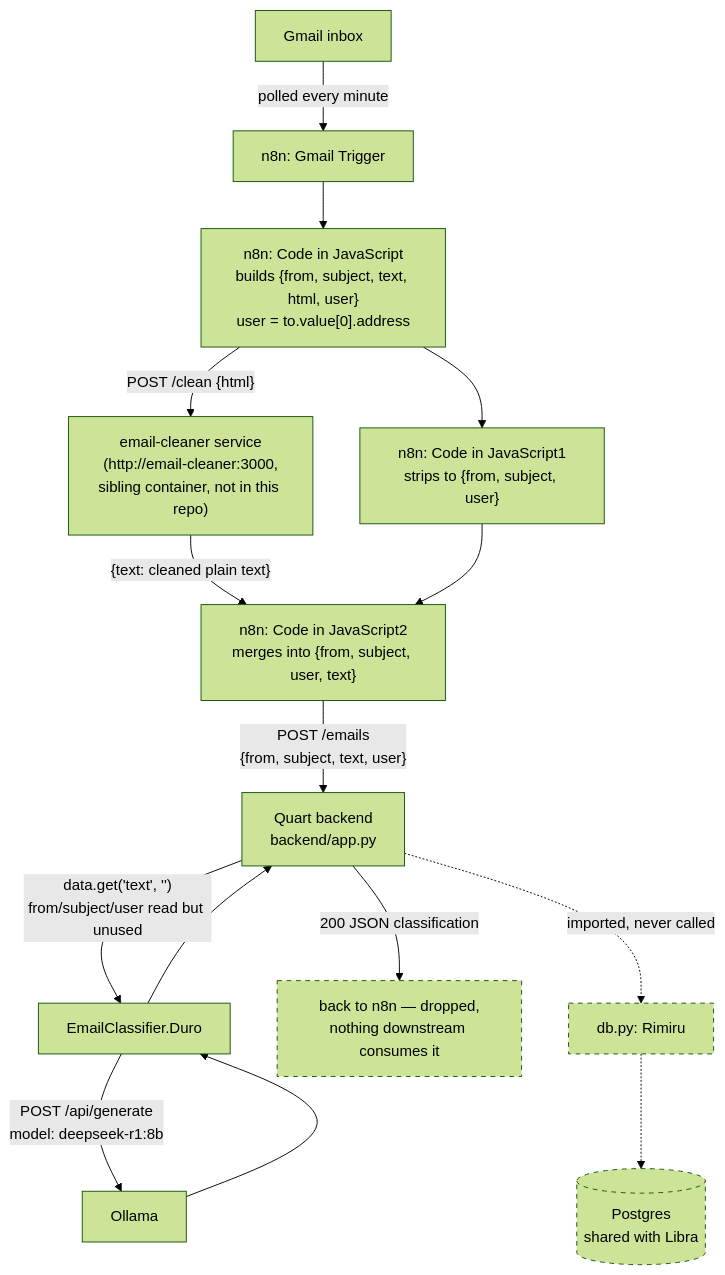
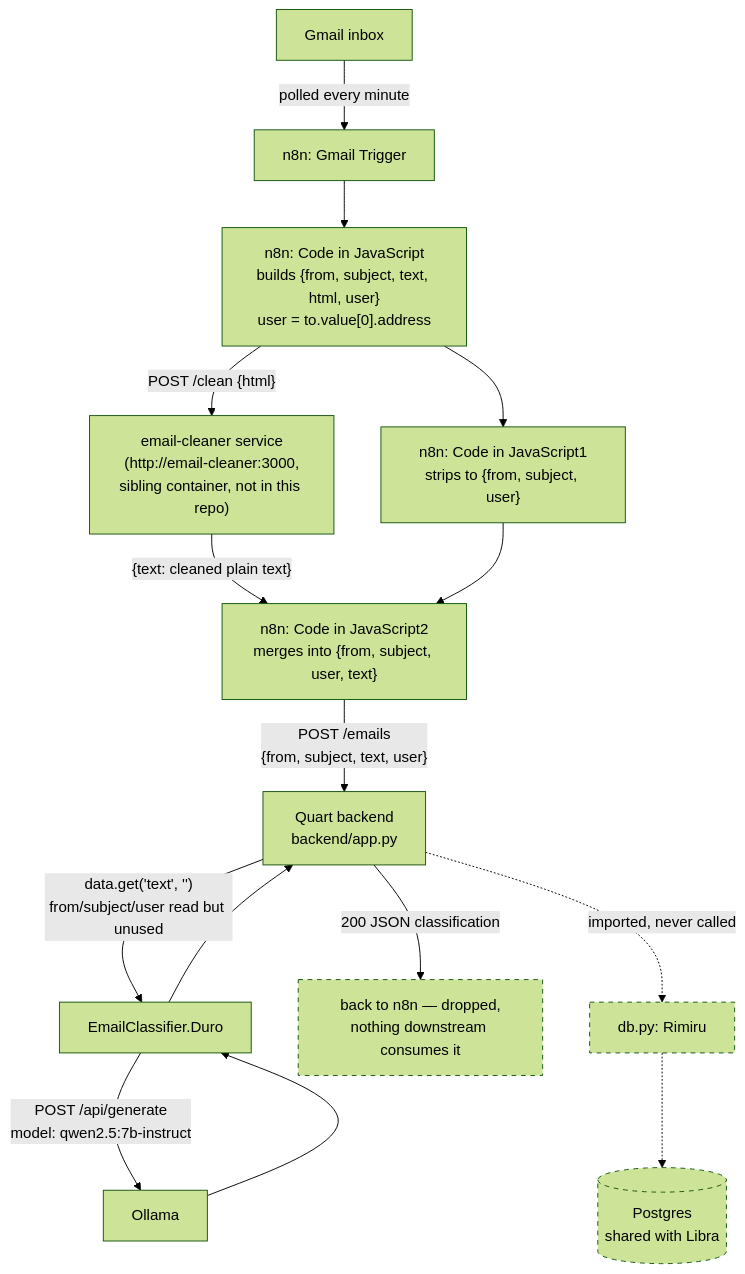
One commit to Tempest150/Scales changed the diagram in wiki/Ingest-Pipeline.md. Above: the diagram before and after it, drawn with Mermaid (forest theme). The commit also changed other lines of this file and 35 other files, not shown here.

````diff
--- a/wiki/Ingest-Pipeline.md
+++ b/wiki/Ingest-Pipeline.md
@@ -34,27 +34,27 @@
 ```mermaid
 flowchart TD
     Gmail[Gmail inbox] -->|"polled every minute"| Trigger["n8n: Gmail Trigger"]
     Trigger --> Parse["n8n: Code in JavaScript<br/>builds {from, subject, text, html, user}<br/>user = to.value[0].address"]
 
     Parse -->|"POST /clean {html}"| Cleaner["email-cleaner service<br/>(http://email-cleaner:3000,<br/>sibling container, not in this repo)"]
     Parse --> Meta["n8n: Code in JavaScript1<br/>strips to {from, subject, user}"]
 
     Cleaner -->|"{text: cleaned plain text}"| Merge["n8n: Code in JavaScript2<br/>merges into {from, subject, user, text}"]
     Meta --> Merge
 
     Merge -->|"POST /emails<br/>{from, subject, text, user}"| API["Quart backend<br/>backend/app.py"]
     API -->|"data.get('text', '')<br/>from/subject/user read but unused"| Duro["EmailClassifier.Duro"]
-    Duro -->|"POST /api/generate<br/>model: deepseek-r1:8b"| Ollama["Ollama"]
+    Duro -->|"POST /api/generate<br/>model: qwen2.5:7b-instruct"| Ollama["Ollama"]
     Ollama --> Duro
     Duro --> API
     API -->|"200 JSON classification"| N8NResp["back to n8n — dropped,<br/>nothing downstream consumes it"]
 
     DB[("Postgres<br/>shared with Libra")]
     Rimiru["db.py: Rimiru"]
     API -.->|"imported, never called"| Rimiru
     Rimiru -.-> DB
 
     style N8NResp stroke-dasharray: 5 5
     style DB stroke-dasharray: 5 5
     style Rimiru stroke-dasharray: 5 5
 ```
````
